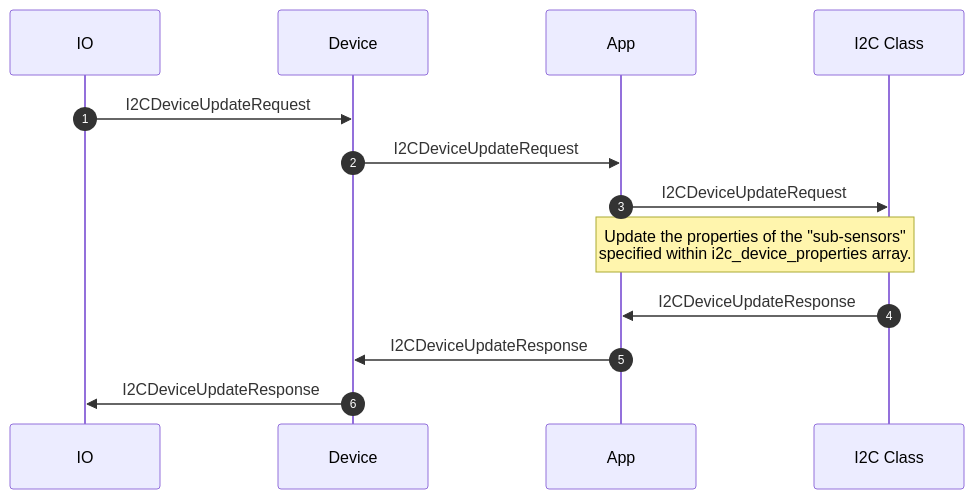
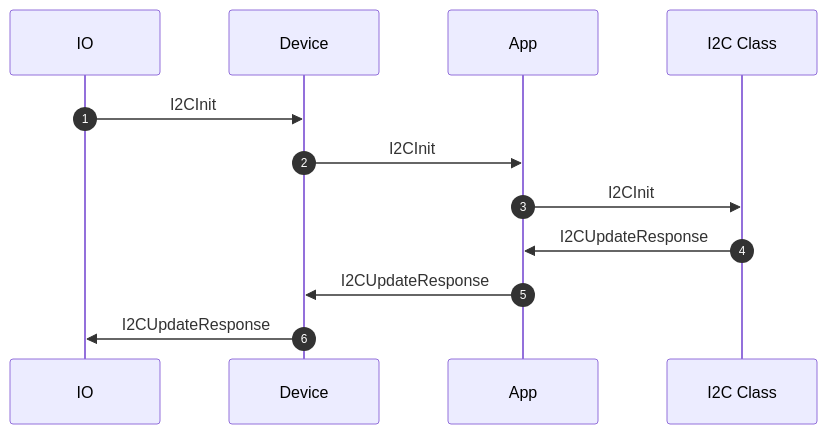
Before and after one commit to adafruit/Wippersnapper_Protobuf: the third of 5 diagrams in proto/wippersnapper/docs/i2c.md, drawn with Mermaid. The commit also changed other lines of this file and 6 other files, not shown here.

````diff
--- a/proto/wippersnapper/docs/i2c.md
+++ b/proto/wippersnapper/docs/i2c.md
@@ -56,12 +56,11 @@
 ```mermaid
 sequenceDiagram
 autonumber
 
-IO->>Device: I2CDeviceUpdateRequest
-Device->>App: I2CDeviceUpdateRequest
-App->>I2C Class: I2CDeviceUpdateRequest
-Note over App,I2C Class: Update the properties of the "sub-sensors" <br> specified within i2c_device_properties array.
-I2C Class->>App: I2CDeviceUpdateResponse
-App->>Device: I2CDeviceUpdateResponse
-Device->>IO: I2CDeviceUpdateResponse
+IO->>Device: I2CInit
+Device->>App: I2CInit
+App->>I2C Class: I2CInit
+I2C Class->>App: I2CUpdateResponse
+App->>Device: I2CUpdateResponse
+Device->>IO: I2CUpdateResponse
 ```
````
